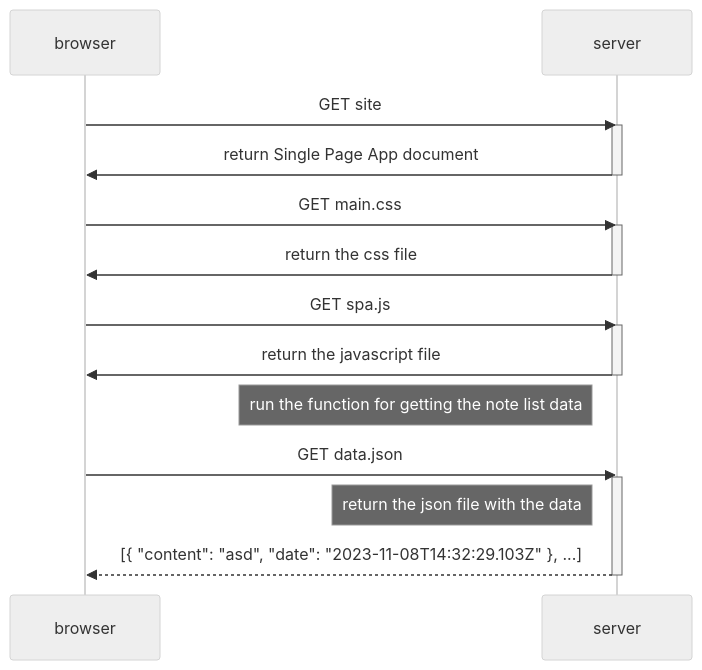
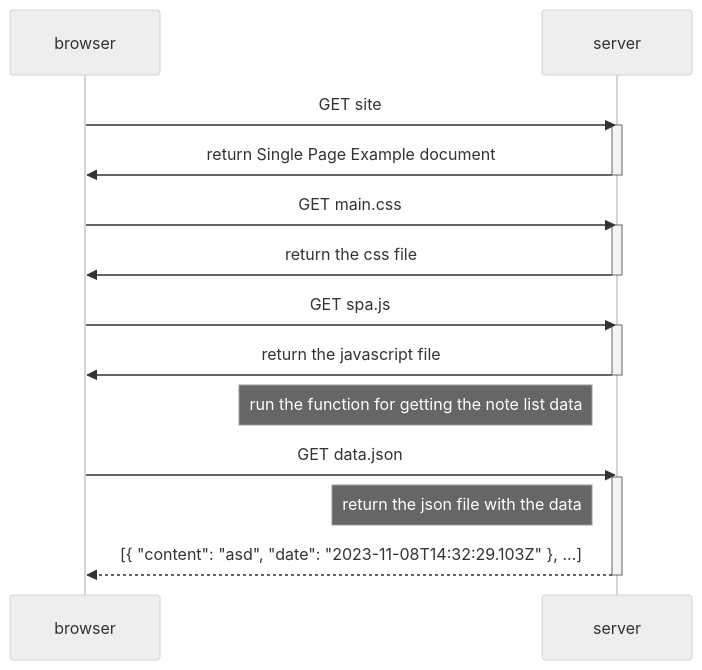
Before and after one commit to PatrickJaloScott/FullstackWebcourse: the first of 2 diagrams in part0/SPA_diagram.md, drawn with Mermaid (neutral theme). The commit also changed other lines of this file and 13 other files, not shown here.

````diff
--- a/part0/SPA_diagram.md
+++ b/part0/SPA_diagram.md
@@ -2,27 +2,27 @@
 ```mermaid
 sequenceDiagram
     participant browser
     participant server
     
     browser ->> server: GET site
     activate server
-    server ->> browser: return Single Page App document
+    server ->> browser: return Single Page Example document
     deactivate server
     
     browser ->> server: GET main.css
     activate server
     server ->> browser: return the css file
     deactivate server
     
     browser ->> server: GET spa.js
     activate server
     server ->> browser: return the javascript file
     deactivate server
     Note left of server: run the function for getting the note list data
     
     browser ->> server: GET data.json
     activate server
     note left of server: return the json file with the data
     server -->> browser: [{ "content": "asd", "date": "2023-11-08T14:32:29.103Z" }, ...]
     deactivate server
 ```
````
